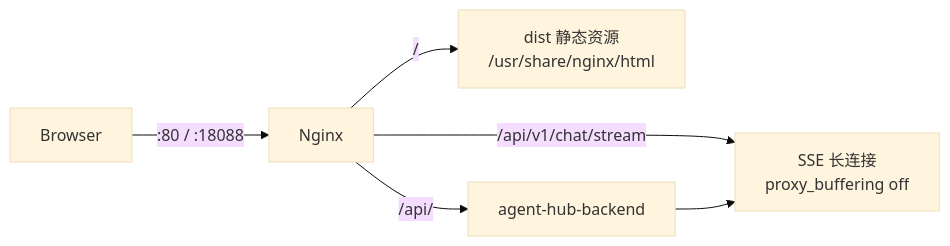
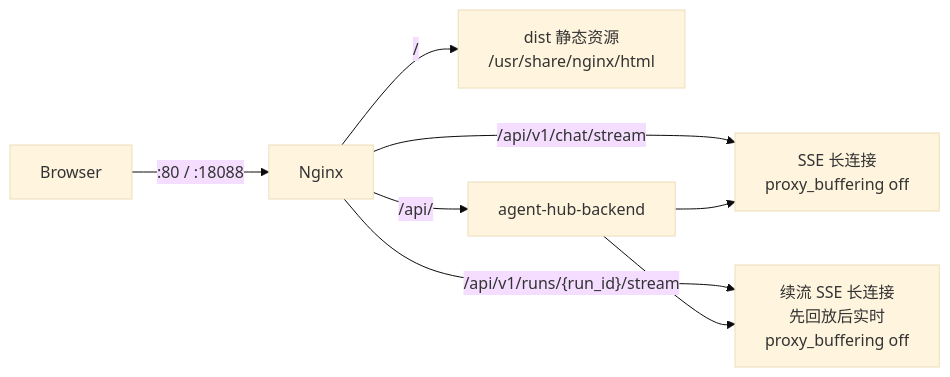
The diagram in deploy/README.md (notsocold/agent-hub-web), drawn with Mermaid (base theme) before and after one commit. The commit also changed other lines of this file and 2 other files, not shown here.

Commit message:
build(m7): Nginx 增加运行事件续流 SSE location

````diff
--- a/deploy/README.md
+++ b/deploy/README.md
@@ -21,8 +21,10 @@
 ```mermaid
 flowchart LR
   B[Browser] -->|:80 / :18088| N[Nginx]
   N -->|"/"| S["dist 静态资源<br/>/usr/share/nginx/html"]
   N -->|"/api/"| A[agent-hub-backend]
   N -->|"/api/v1/chat/stream"| S2["SSE 长连接<br/>proxy_buffering off"]
+  N -->|"/api/v1/runs/{run_id}/stream"| S3["续流 SSE 长连接<br/>先回放后实时<br/>proxy_buffering off"]
   A --> S2
+  A --> S3
 ```
````
